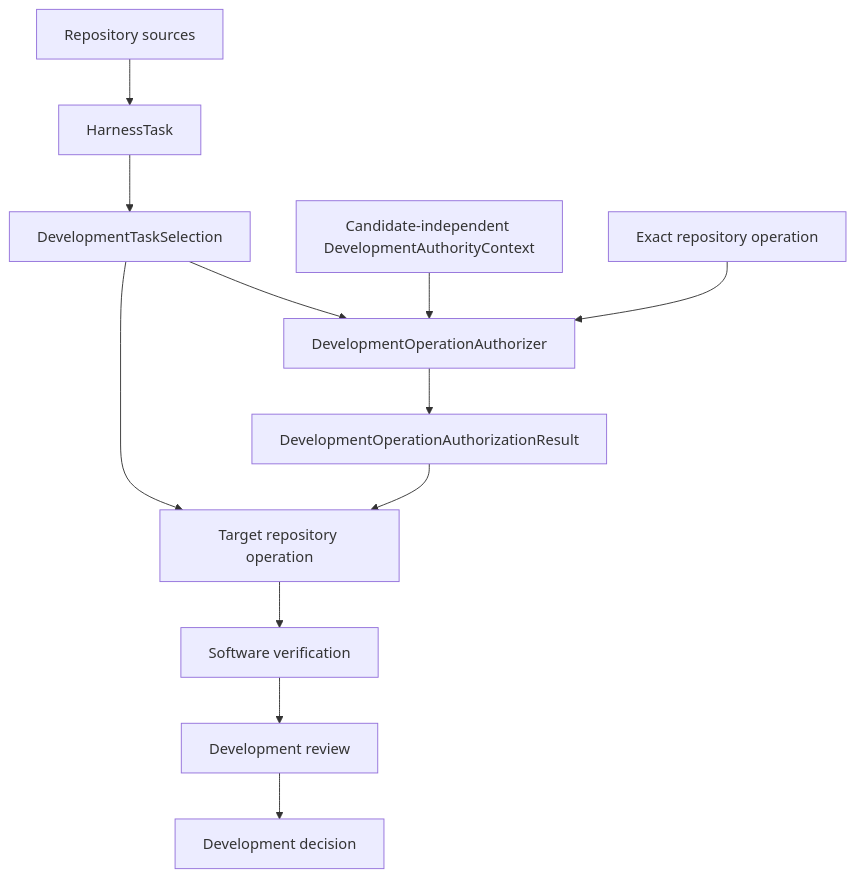
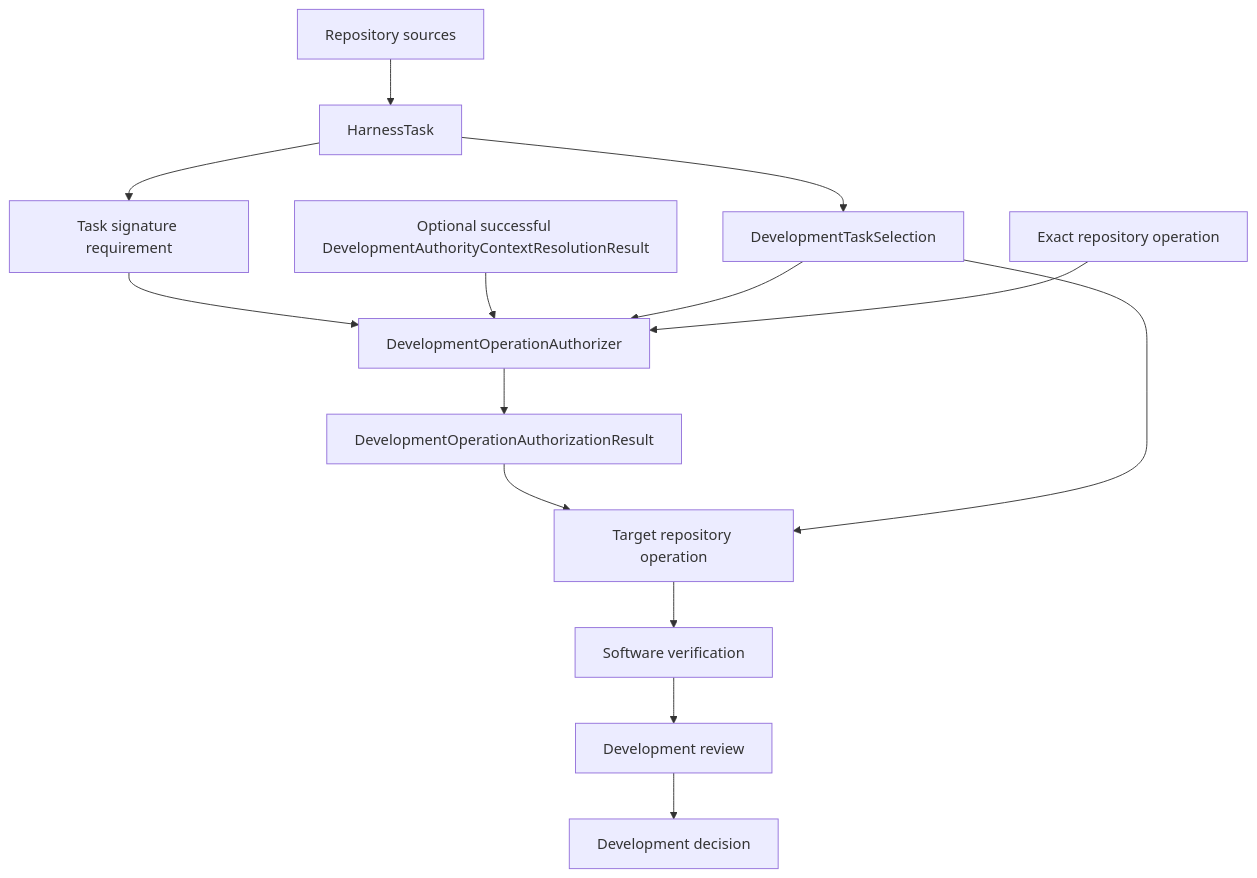
Before and after one commit to eragasa/ksdft2effmass: the first of 2 diagrams in docs/architecture/v2/ksdft2effmass/harness/index.md, drawn with Mermaid. The commit also changed other lines of this file and 9 other files, not shown here.

Commit message:
Synchronize v2 authority architecture docs

````diff
--- a/docs/architecture/v2/ksdft2effmass/harness/index.md
+++ b/docs/architecture/v2/ksdft2effmass/harness/index.md
@@ -7,14 +7,16 @@
 ```mermaid
 flowchart TD
     sources["Repository sources"] --> task["HarnessTask"]
     task --> selection["DevelopmentTaskSelection"]
-    authority["Candidate-independent DevelopmentAuthorityContext"] --> authorizer["DevelopmentOperationAuthorizer"]
+    task --> signature_requirement["Task signature requirement"]
+    signature_requirement --> authorizer["DevelopmentOperationAuthorizer"]
+    authority["Optional successful DevelopmentAuthorityContextResolutionResult"] --> authorizer
     selection --> authorizer
     request["Exact repository operation"] --> authorizer
     authorizer --> authorization["DevelopmentOperationAuthorizationResult"]
     authorization --> operation["Target repository operation"]
     selection --> operation
     operation --> verification["Software verification"]
     verification --> review["Development review"]
     review --> decision["Development decision"]
 ```
````
